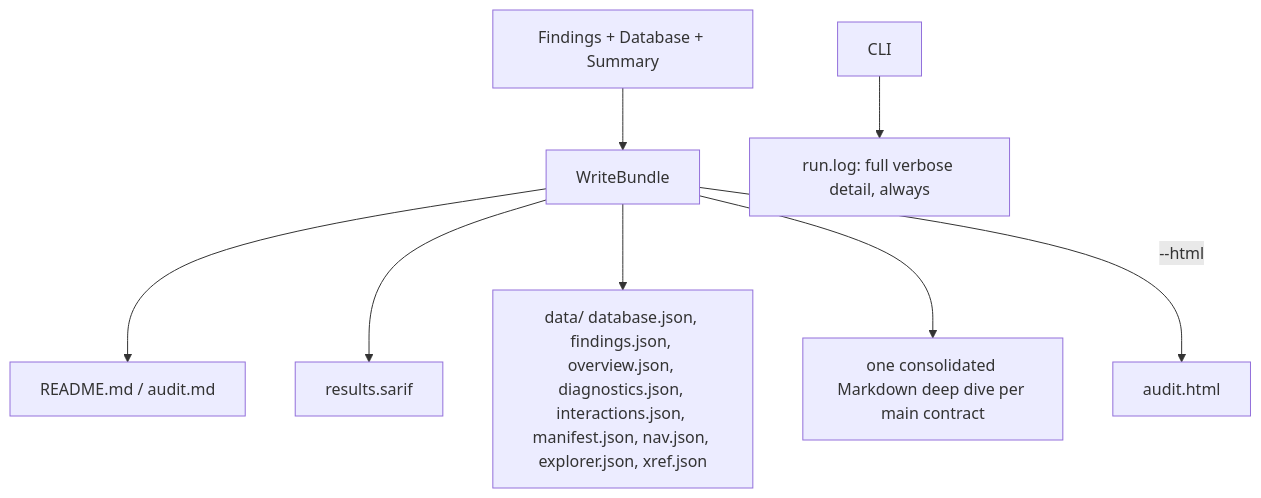
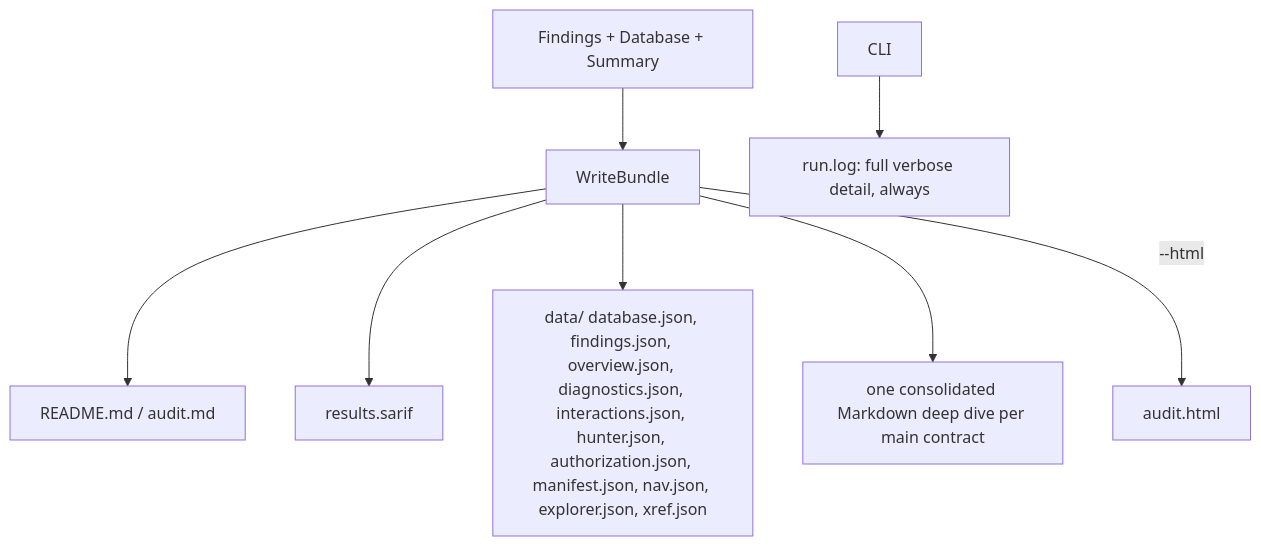
The fourth of 8 diagrams in docs/workflows.md (th13vn/w3goaudit), drawn with Mermaid before and after one commit. The commit also changed other lines of this file and 78 other files, not shown here.

````diff
--- a/docs/workflows.md
+++ b/docs/workflows.md
@@ -310,10 +314,10 @@
 ```mermaid
 graph TD
     A[Findings + Database + Summary] --> B[WriteBundle]
     B --> C[README.md / audit.md]
     B --> D[results.sarif]
-    B --> E[data/ database.json, findings.json, overview.json, diagnostics.json, interactions.json, manifest.json, nav.json, explorer.json, xref.json]
+    B --> E[data/ database.json, findings.json, overview.json, diagnostics.json, interactions.json, hunter.json, authorization.json, manifest.json, nav.json, explorer.json, xref.json]
     B --> F[one consolidated Markdown deep dive per main contract]
     B -->|--html| G[audit.html]
     H[CLI] --> I[run.log: full verbose detail, always]
 ```
````
